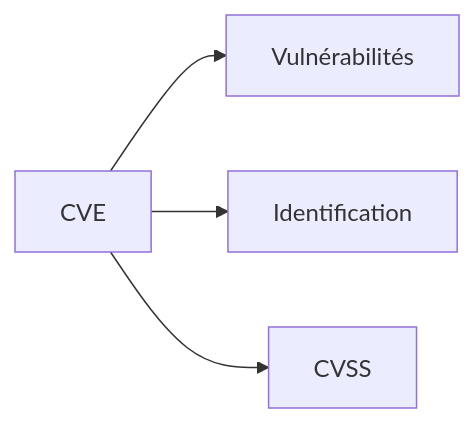
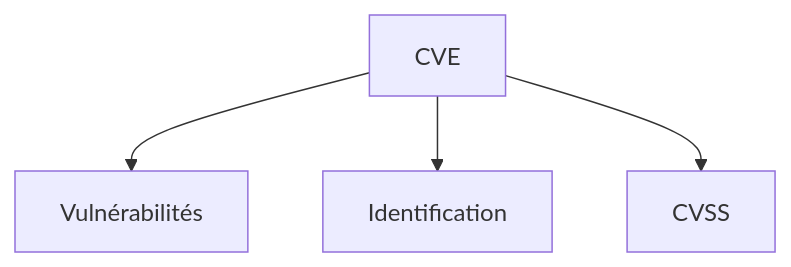
The ninth of 42 diagrams in docs/glossaire/cybersecurite.md (zyrass/omnydocs), drawn with Mermaid before and after one commit. The commit also changed other lines of this file and 1780 other files, not shown here.

````diff
--- a/docs/glossaire/cybersecurite.md
+++ b/docs/glossaire/cybersecurite.md
@@ -187,6 +225,6 @@
-    ```mermaid
-    graph LR
-        A[CVE] --> B[Vulnérabilités]
-        A --> C[Identification]
-        A --> D[CVSS]
-    ```
+```mermaid
+graph TB
+    A[CVE] --> B[Vulnérabilités]
+    A --> C[Identification]
+    A --> D[CVSS]
+```
````
